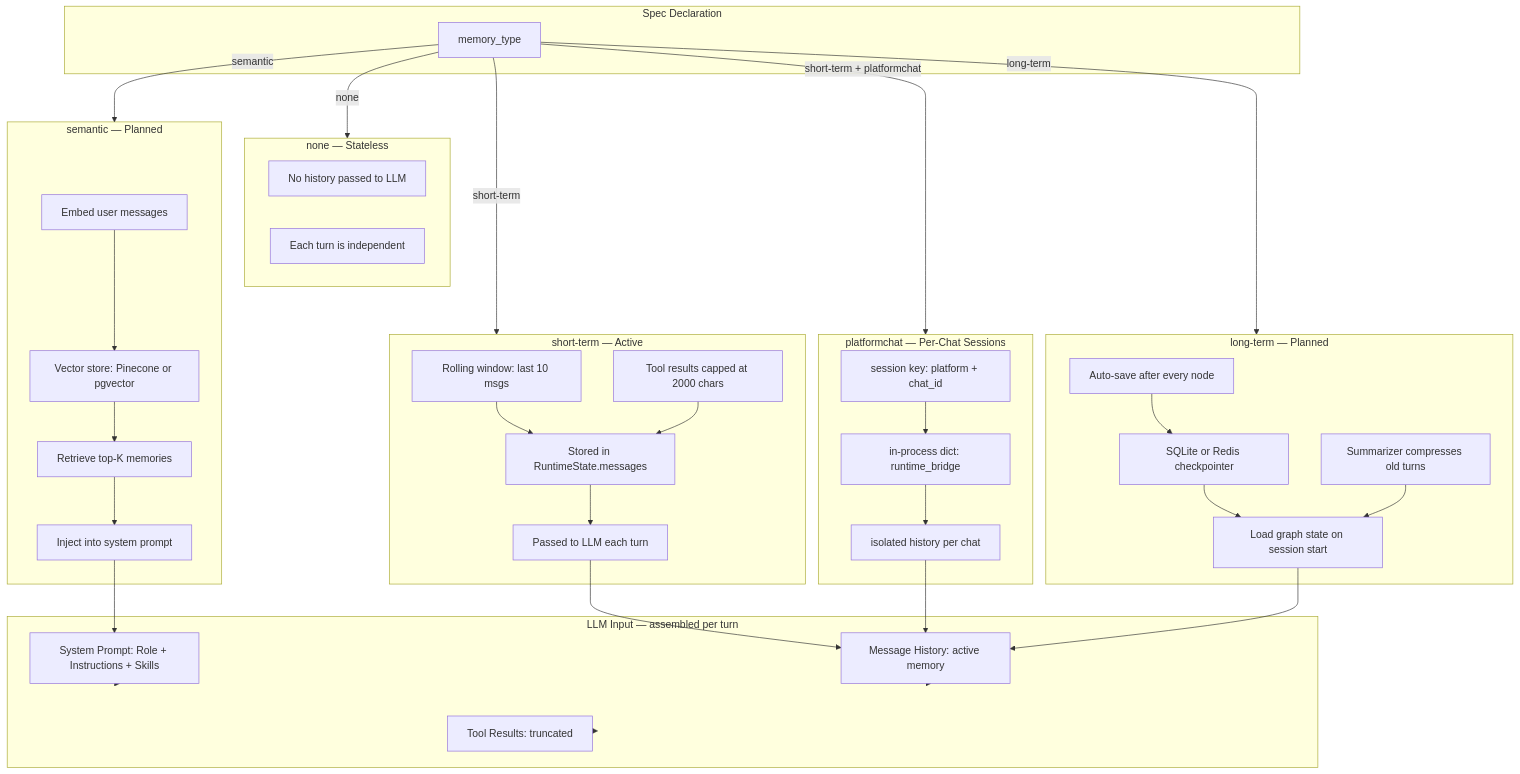
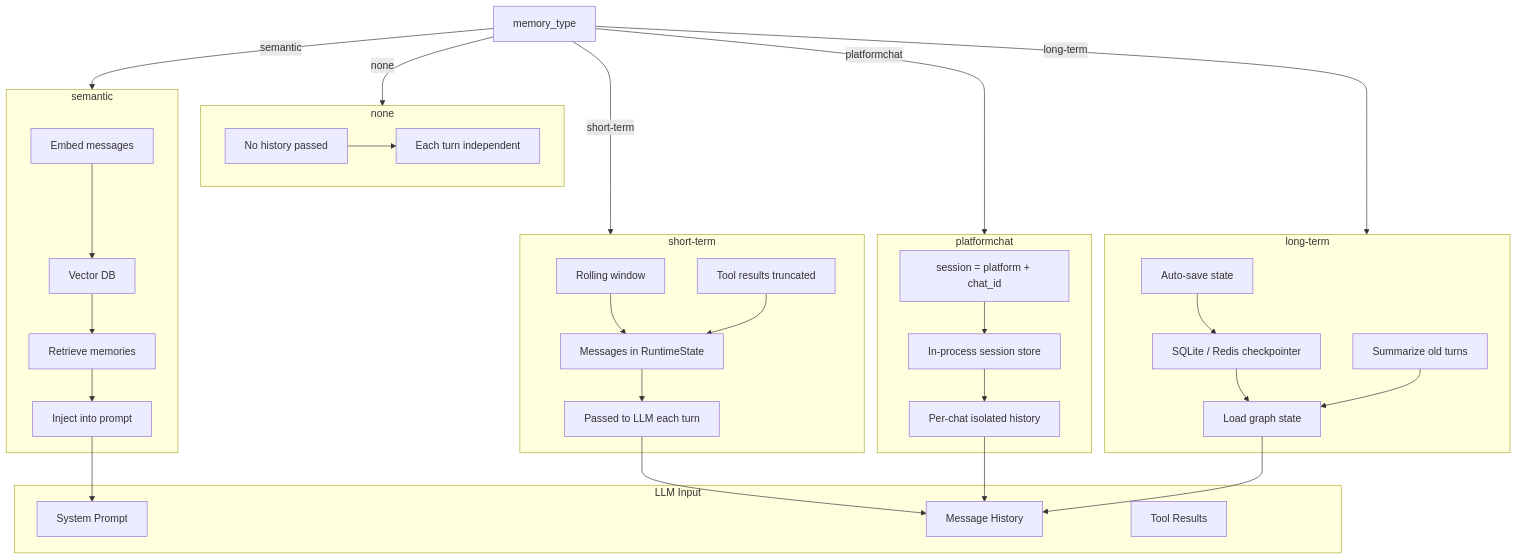
The seventh of 7 diagrams in af_application/docs/architecture.md (RukshanRanasinghe2000/AgentFactory-CLI), drawn with Mermaid before and after one commit. The commit also changed other lines of this file, not shown here.

````diff
--- a/af_application/docs/architecture.md
+++ b/af_application/docs/architecture.md
@@ -207,70 +224,77 @@
 ```mermaid
-graph TD
-    subgraph DECL["Spec Declaration"]
-        MT["memory_type"]
+flowchart TD
+
+    MT["memory_type"]
+
+    %% none
+    subgraph NONE["none"]
+        N1["No history passed"]
+        N2["Each turn independent"]
+        N1 --> N2
     end
 
-    subgraph NONE["none — Stateless"]
-        N1[No history passed to LLM]
-        N2[Each turn is independent]
-    end
+    %% short-term
+    subgraph ST["short-term"]
+        S1["Rolling window"]
+        S2["Tool results truncated"]
+        S3["Messages in RuntimeState"]
+        S4["Passed to LLM each turn"]
 
-    subgraph ST["short-term — Active"]
-        S1[Rolling window: last 10 msgs]
-        S2[Tool results capped at 2000 chars]
-        S3[Stored in RuntimeState.messages]
-        S4[Passed to LLM each turn]
         S1 --> S3
         S2 --> S3
         S3 --> S4
     end
 
-    subgraph PLAT["platformchat — Per-Chat Sessions"]
-        PC1[session key: platform + chat_id]
-        PC2[in-process dict: runtime_bridge]
-        PC3[isolated history per chat]
-        PC1 --> PC2
-        PC2 --> PC3
+    %% platformchat
+    subgraph PLAT["platformchat"]
+        P1["session = platform + chat_id"]
+        P2["In-process session store"]
+        P3["Per-chat isolated history"]
+
+        P1 --> P2
+        P2 --> P3
     end
 
-    subgraph LT["long-term — Planned"]
-        L1[SQLite or Redis checkpointer]
-        L2[Load graph state on session start]
-        L3[Auto-save after every node]
-        L4[Summarizer compresses old turns]
+    %% long-term
+    subgraph LT["long-term"]
+        L1["SQLite / Redis checkpointer"]
+        L2["Load graph state"]
+        L3["Auto-save state"]
+        L4["Summarize old turns"]
+
+        L3 --> L1
         L1 --> L2
-        L3 --> L1
         L4 --> L2
     end
 
-    subgraph SEM["semantic — Planned"]
-        V1[Embed user messages]
-        V2[Vector store: Pinecone or pgvector]
-        V3[Retrieve top-K memories]
-        V4[Inject into system prompt]
+    %% semantic
+    subgraph SEM["semantic"]
+        V1["Embed messages"]
+        V2["Vector DB"]
+        V3["Retrieve memories"]
+        V4["Inject into prompt"]
+
         V1 --> V2
         V2 --> V3
         V3 --> V4
     end
 
-    subgraph LLM_IN["LLM Input — assembled per turn"]
-        P1[System Prompt: Role + Instructions + Skills]
-        P2[Message History: active memory]
-        P3[Tool Results: truncated]
+    %% llm input
+    subgraph INPUT["LLM Input"]
+        I1["System Prompt"]
+        I2["Message History"]
+        I3["Tool Results"]
     end
 
     MT -->|none| NONE
     MT -->|short-term| ST
-    MT -->|short-term + platformchat| PLAT
+    MT -->|platformchat| PLAT
     MT -->|long-term| LT
     MT -->|semantic| SEM
 
-    S4 --> P2
-    PC3 --> P2
-    L2 --> P2
-    V4 --> P1
+    S4 --> I2
+    P3 --> I2
+    L2 --> I2
+    V4 --> I1
 
-    P1 --> LLM_IN
-    P2 --> LLM_IN
-    P3 --> LLM_IN
 ```
````
